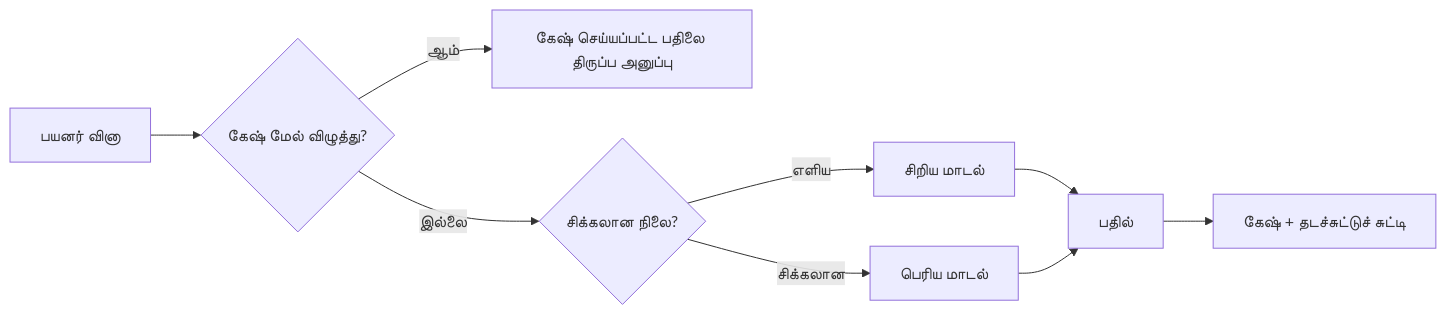
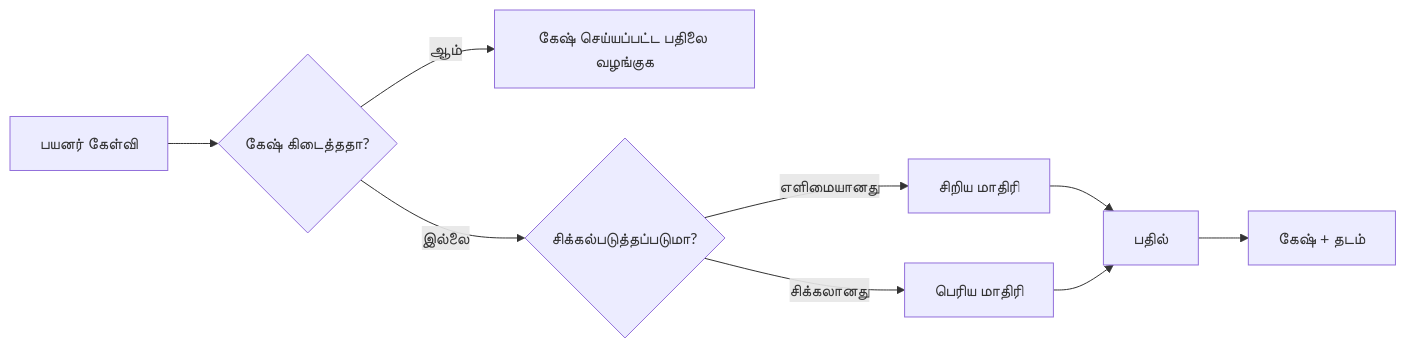
The third of 4 diagrams in mirrors/repos/microsoft@ai-agents-for-beginners/translations/ta/16-deploying-scalable-agents/README.md (gabrielmoreira/agent-skills-mirror), drawn with Mermaid before and after one commit. The commit also changed other lines of this file and 4262 other files, not shown here.

````diff
--- a/mirrors/repos/microsoft@ai-agents-for-beginners/translations/ta/16-deploying-scalable-agents/README.md
+++ b/mirrors/repos/microsoft@ai-agents-for-beginners/translations/ta/16-deploying-scalable-agents/README.md
@@ -134,11 +134,11 @@
 ```mermaid
 flowchart LR
-    Q[பயனர் வினா] --> C{கேஷ் மேல் விழுத்து?}
-    C -->|ஆம்| R[கேஷ் செய்யப்பட்ட பதிலை திருப்ப அனுப்பு]
-    C -->|இல்லை| Router{சிக்கலான நிலை?}
-    Router -->|எளிய| SLM[சிறிய மாடல்]
-    Router -->|சிக்கலான| LLM[பெரிய மாடல்]
+    Q[பயனர் கேள்வி] --> C{கேஷ் கிடைத்ததா?}
+    C -->|ஆம்| R[கேஷ் செய்யப்பட்ட பதிலை வழங்குக]
+    C -->|இல்லை| Router{சிக்கல்படுத்தப்படுமா?}
+    Router -->|எளிமையானது| SLM[சிறிய மாதிரி]
+    Router -->|சிக்கலானது| LLM[பெரிய மாதிரி]
     SLM --> Out[பதில்]
     LLM --> Out
-    Out --> Store[கேஷ் + தடச்சுட்டுச் சுட்டி]
+    Out --> Store[கேஷ் + தடம்]
 ```
````
